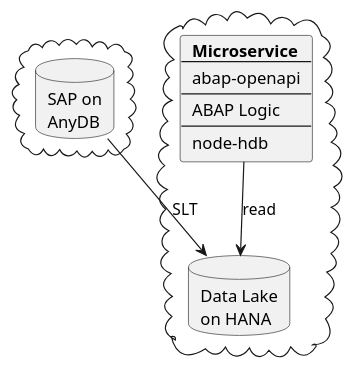
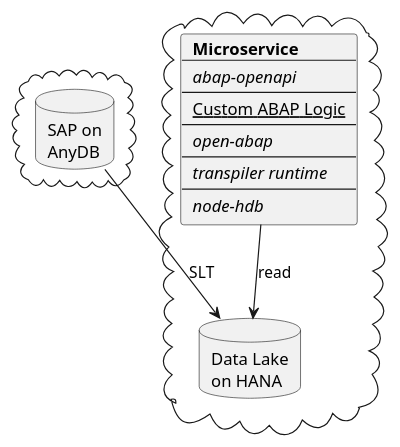
The diagram in src/introduction.adoc (heliconialabs/moving-abap-workloads-to-serverless), drawn with PlantUML before and after one commit. The commit also changed other lines of this file and 3 other files, not shown here.

```diff
--- a/src/introduction.adoc
+++ b/src/introduction.adoc
@@ -17,27 +21,31 @@
 [plantuml]
 ....
 skinparam monochrome true
 
 cloud {
   database "SAP on\nAnyDB" as sap
 }
 
 cloud {
   database "Data Lake\non HANA" as lake
 
   card card [
-    <b>Microservice
+    <b>Microservice</b>
     ----
-    abap-openapi
+    //abap-openapi//
     ----
-    ABAP Logic
+    <u>Custom ABAP Logic</u>
     ----
-    node-hdb
+    //open-abap//
+    ----
+    //transpiler runtime//
+    ----
+    //node-hdb//
   ]
 
   card -down-> lake : read
 }
 
 
 sap --> lake : SLT
 ....
```
